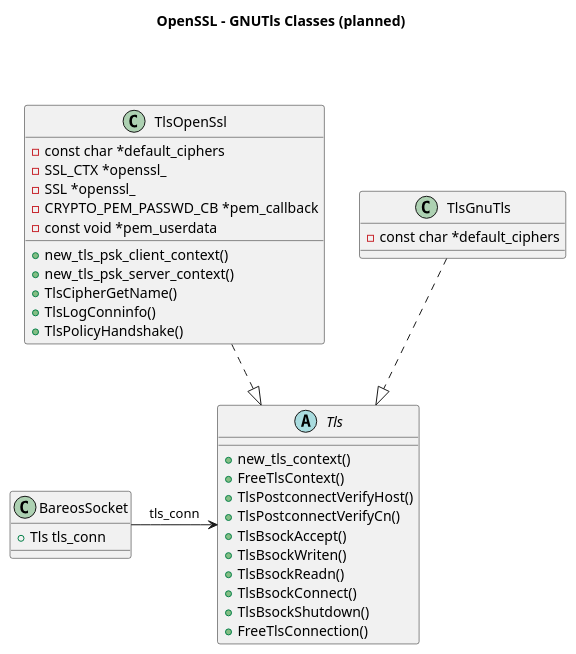
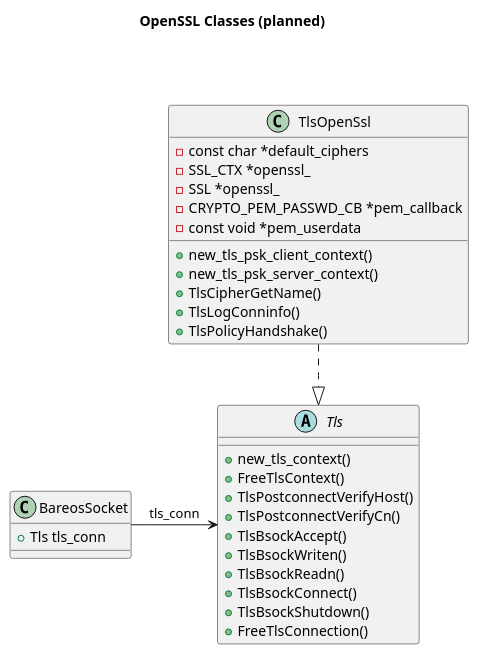
Before and after one commit to bareos/bareos: the diagram in docs/manuals/en/developers/franku-tmp/tls_openssl_gnutls_classes.plantuml, drawn with PlantUML. The commit also changed 25 other files, not shown here.

Commit message:
gnutls: removed GnuTLS competely

```diff
--- a/docs/manuals/en/developers/franku-tmp/tls_openssl_gnutls_classes.plantuml
+++ b/docs/manuals/en/developers/franku-tmp/tls_openssl_gnutls_classes.plantuml
@@ -1,44 +1,39 @@
 @startuml
 
-Title: OpenSSL - GNUTls Classes (planned)\n\n\n
+Title: OpenSSL Classes (planned)\n\n\n
 
 class BareosSocket {
   + Tls tls_conn
 }
 
 class "TlsOpenSsl" as OpenSsl {
   - const char *default_ciphers
   - SSL_CTX *openssl_
   - SSL *openssl_
   - CRYPTO_PEM_PASSWD_CB *pem_callback
   - const void *pem_userdata
   + new_tls_psk_client_context()
   + new_tls_psk_server_context()
   + TlsCipherGetName()
   + TlsLogConninfo()
   + TlsPolicyHandshake()
 }
 
-class "TlsGnuTls" as GnuTls {
-  - const char *default_ciphers
-}
-
 abstract class Tls {
   + new_tls_context()
   + FreeTlsContext()
   + TlsPostconnectVerifyHost()
   + TlsPostconnectVerifyCn()
   + TlsBsockAccept()
   + TlsBsockWriten()
   + TlsBsockReadn()
   + TlsBsockConnect()
   + TlsBsockShutdown()
   + FreeTlsConnection()
 }
 
 OpenSsl ..|> Tls
-GnuTls ..|> Tls
 
 BareosSocket -> Tls : tls_conn
 
 @enduml
```
